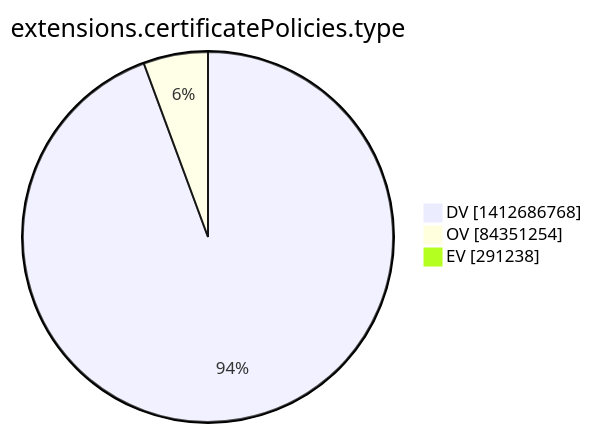
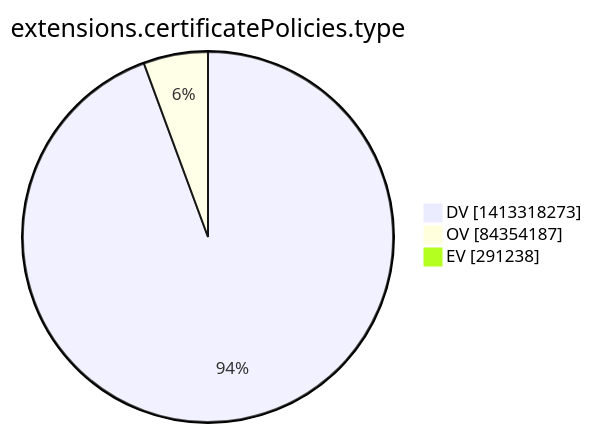
The tenth of 15 diagrams in argon2022/README.md (christiankrug/ctmonitor_visualization), drawn with Mermaid before and after one commit. The commit also changed other lines of this file, not shown here.

````diff
--- a/argon2022/README.md
+++ b/argon2022/README.md
@@ -2773,7 +2773,7 @@
 ```mermaid
 pie showData
 title extensions.certificatePolicies.type
-"DV" :1412686768
-"OV" :84351254
+"DV" :1413318273
+"OV" :84354187
 "EV" :291238
 ```
````
